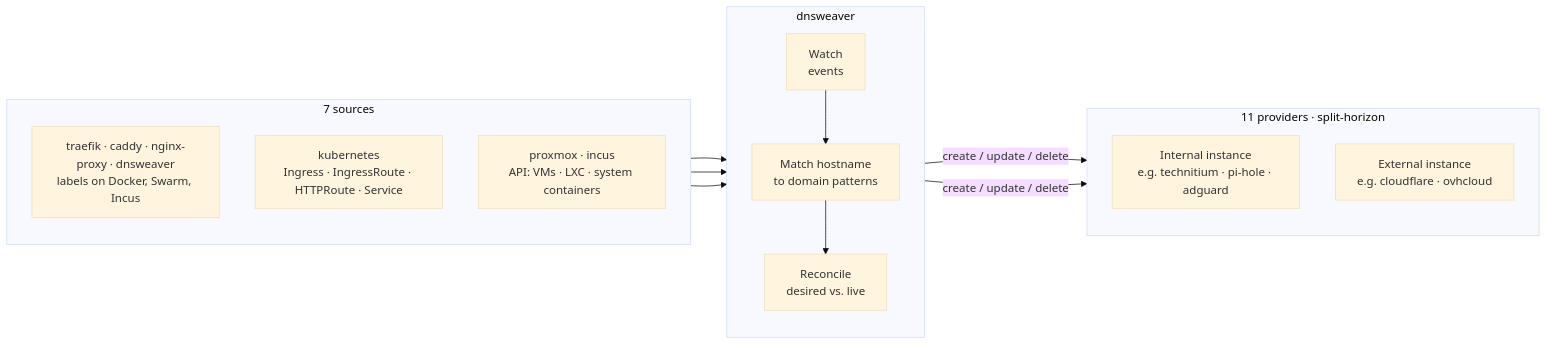
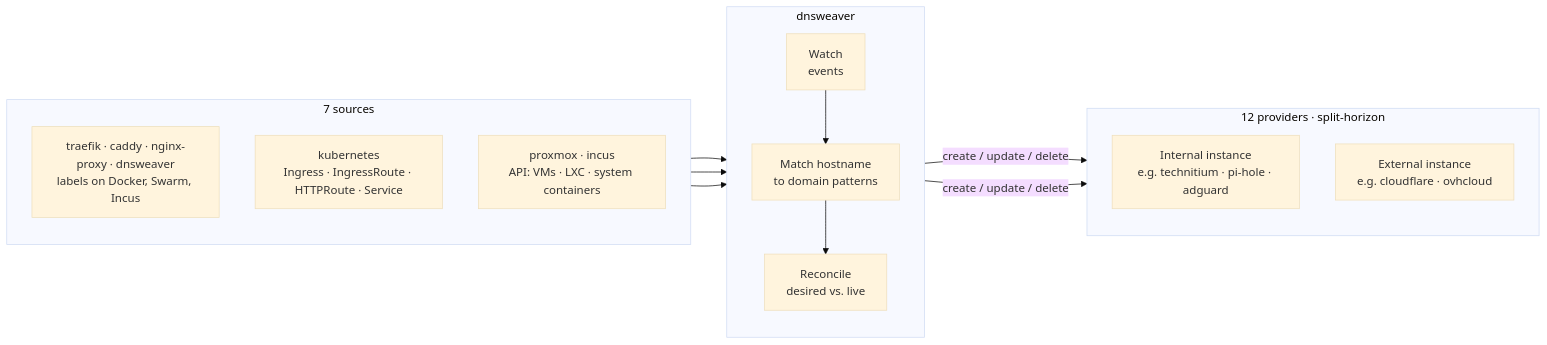
Before and after one commit to maxfield-allison/dnsweaver: the diagram in README.md, drawn with Mermaid (base theme). The commit also changed other lines of this file and 13 other files, not shown here.

````diff
--- a/README.md
+++ b/README.md
@@ -120,26 +121,26 @@
 ```mermaid
 flowchart LR
     subgraph sources["7 sources"]
         direction TB
         A["traefik · caddy · nginx-proxy · dnsweaver<br/>labels on Docker, Swarm, Incus"]
         D["kubernetes<br/>Ingress · IngressRoute · HTTPRoute · Service"]
         P["proxmox · incus<br/>API: VMs · LXC · system containers"]
     end
 
     subgraph engine["dnsweaver"]
         direction TB
         W["Watch<br/>events"] --> M["Match hostname<br/>to domain patterns"] --> R["Reconcile<br/>desired vs. live"]
     end
 
-    subgraph providers["11 providers · split-horizon"]
+    subgraph providers["12 providers · split-horizon"]
         direction TB
         INT["Internal instance<br/>e.g. technitium · pi-hole · adguard"]
         EXT["External instance<br/>e.g. cloudflare · ovhcloud"]
     end
 
     A --> W
     D --> W
     P --> W
     R -->|create / update / delete| INT
     R -->|create / update / delete| EXT
 ```
````
